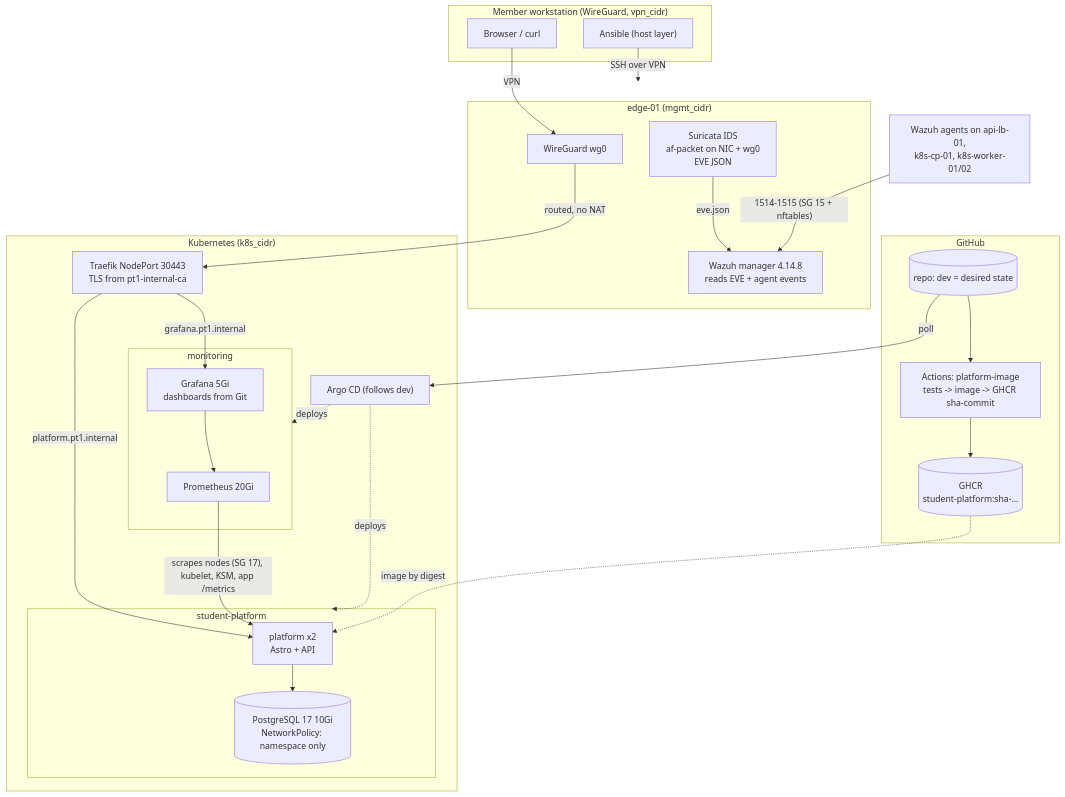
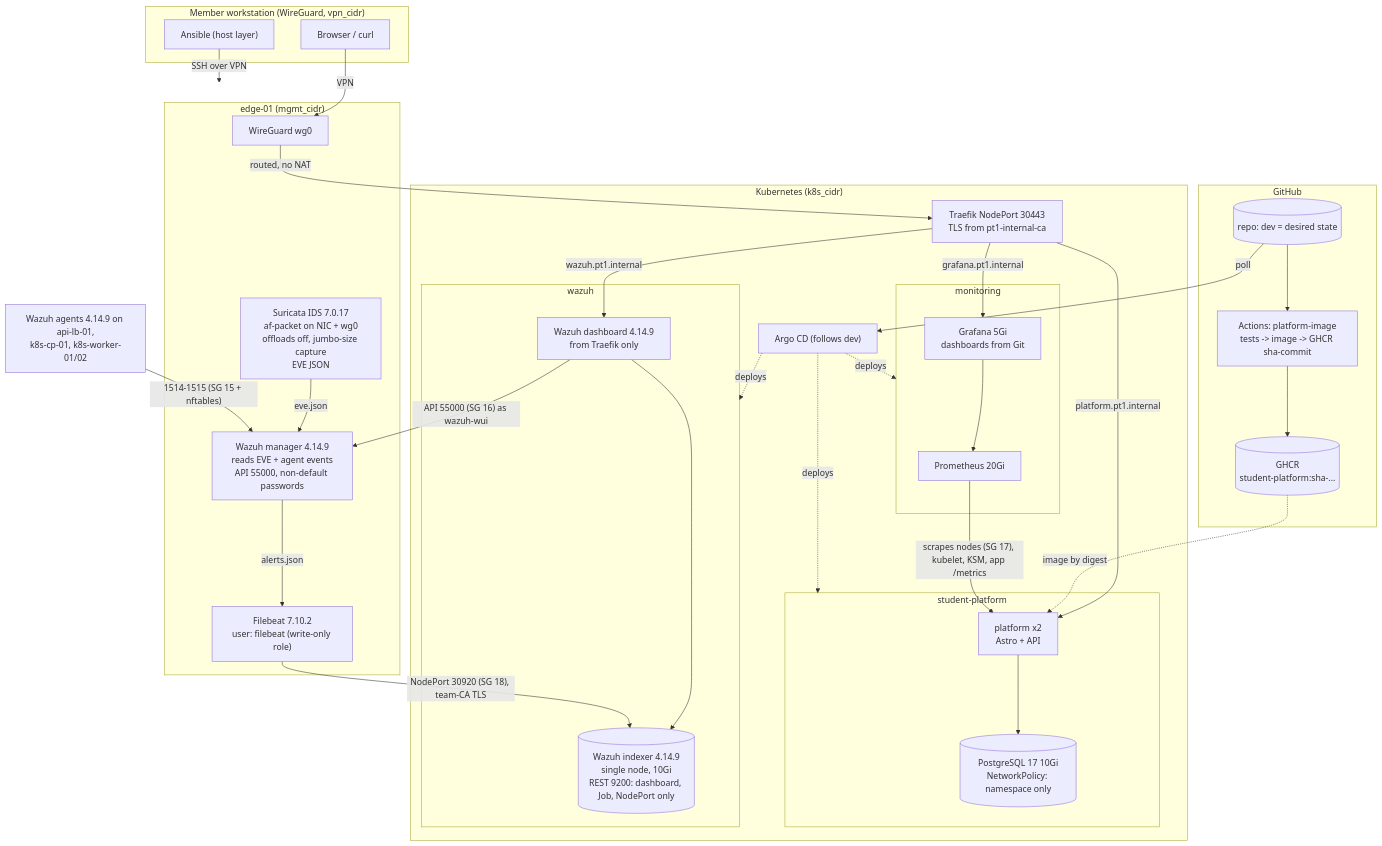
Before and after one commit to chpc-tech-eval/purple-team1-scc26: the diagram in evidence/week3/diagrams/observability-security.mmd, drawn with Mermaid. The commit also changed 4 other files, not shown here.

First line of the commit message:
docs(week3): close-out: Wazuh indexer/dashboard in diagram and runbook, §14 corrected

```diff
--- a/evidence/week3/diagrams/observability-security.mmd
+++ b/evidence/week3/diagrams/observability-security.mmd
@@ -1,48 +1,59 @@
 flowchart TB
     subgraph WS["Member workstation (WireGuard, vpn_cidr)"]
         browser["Browser / curl"]
         ans["Ansible (host layer)"]
     end
 
     subgraph GH["GitHub"]
         repo[("repo: dev = desired state")]
         ci["Actions: platform-image<br/>tests -> image -> GHCR sha-commit"]
         ghcr[("GHCR<br/>student-platform:sha-...")]
         repo --> ci --> ghcr
     end
 
     subgraph EDGE["edge-01 (mgmt_cidr)"]
         wg["WireGuard wg0"]
-        suri["Suricata IDS<br/>af-packet on NIC + wg0<br/>EVE JSON"]
-        wm["Wazuh manager 4.14.8<br/>reads EVE + agent events"]
+        suri["Suricata IDS 7.0.17<br/>af-packet on NIC + wg0<br/>offloads off, jumbo-size capture<br/>EVE JSON"]
+        wm["Wazuh manager 4.14.9<br/>reads EVE + agent events<br/>API 55000, non-default passwords"]
+        fb["Filebeat 7.10.2<br/>user: filebeat (write-only role)"]
         suri -- "eve.json" --> wm
+        wm -- "alerts.json" --> fb
     end
 
     subgraph K8S["Kubernetes (k8s_cidr)"]
         argo["Argo CD (follows dev)"]
         subgraph MON["monitoring"]
             prom["Prometheus 20Gi"]
             graf["Grafana 5Gi<br/>dashboards from Git"]
         end
         subgraph SP["student-platform"]
             app["platform x2<br/>Astro + API"]
             pg[("PostgreSQL 17 10Gi<br/>NetworkPolicy: namespace only")]
             app --> pg
         end
+        subgraph WZ["wazuh"]
+            idx[("Wazuh indexer 4.14.9<br/>single node, 10Gi<br/>REST 9200: dashboard, Job, NodePort only")]
+            dash["Wazuh dashboard 4.14.9<br/>from Traefik only"]
+            dash --> idx
+        end
         trf["Traefik NodePort 30443<br/>TLS from pt1-internal-ca"]
     end
 
-    agents["Wazuh agents on api-lb-01,<br/>k8s-cp-01, k8s-worker-01/02"]
+    agents["Wazuh agents 4.14.9 on api-lb-01,<br/>k8s-cp-01, k8s-worker-01/02"]
 
     browser -- "VPN" --> wg
     wg -- "routed, no NAT" --> trf
     trf -- "grafana.pt1.internal" --> graf
     trf -- "platform.pt1.internal" --> app
+    trf -- "wazuh.pt1.internal" --> dash
     repo -- "poll" --> argo
     argo -. "deploys" .-> MON
     argo -. "deploys" .-> SP
+    argo -. "deploys" .-> WZ
     ghcr -. "image by digest" .-> app
     prom -- "scrapes nodes (SG 17), kubelet, KSM, app /metrics" --> app
     graf --> prom
     agents -- "1514-1515 (SG 15 + nftables)" --> wm
+    fb -- "NodePort 30920 (SG 18), team-CA TLS" --> idx
+    dash -- "API 55000 (SG 16) as wazuh-wui" --> wm
     ans -- "SSH over VPN" --> EDGE
```
